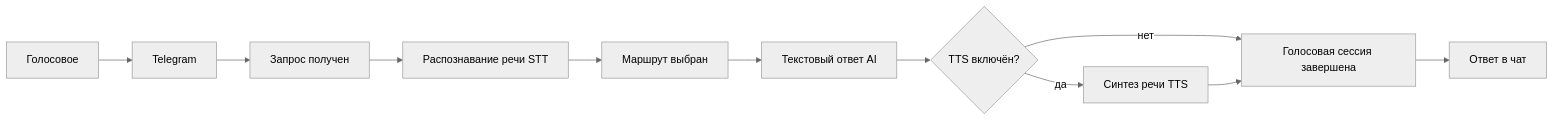
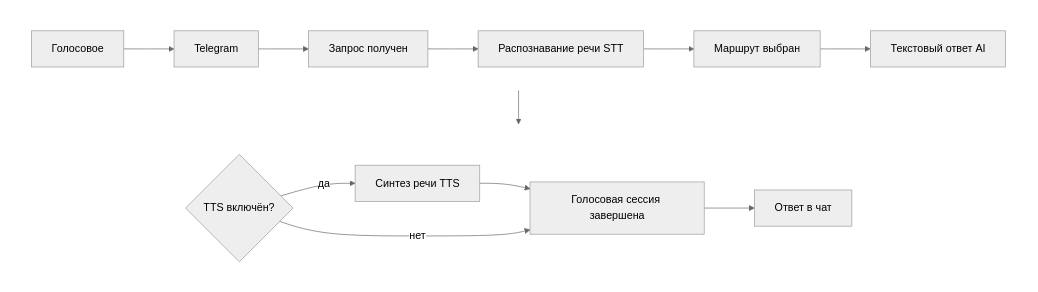
One commit to AlexLvGulyaev/Assistant-Flow changed the fourth of 4 diagrams in docs/USER_GUIDE.md. Above: the diagram before and after it, drawn with Mermaid (neutral theme). The commit also changed other lines of this file and 7 other files, not shown here.

First line of the commit message:
docs: снять тезис heavy-RAG (прогон 15.09 деградации не показал), hero без подписей, схемы USER_GUIDE в два ряда

````diff
--- a/docs/USER_GUIDE.md
+++ b/docs/USER_GUIDE.md
@@ -98,13 +101,15 @@
 ```mermaid
-flowchart LR
-    U[Голосовое] --> TG[Telegram]
-    TG --> S1[Запрос получен]
-    S1 --> S2[Распознавание речи STT]
-    S2 --> S3[Маршрут выбран]
-    S3 --> S4[Текстовый ответ AI]
-    S4 --> T{TTS включён?}
-    T -->|да| S5[Синтез речи TTS]
-    T -->|нет| S6[Голосовая сессия завершена]
-    S5 --> S6
-    S6 --> A[Ответ в чат]
+flowchart TB
+    subgraph r1 [" "]
+        direction LR
+        U[Голосовое] --> TG[Telegram] --> S1[Запрос получен] --> S2[Распознавание речи STT] --> S3[Маршрут выбран] --> S4[Текстовый ответ AI]
+    end
+    subgraph r2 [" "]
+        direction LR
+        T{TTS включён?} -->|да| S5[Синтез речи TTS] --> S6[Голосовая сессия завершена] --> A[Ответ в чат]
+        T -->|нет| S6
+    end
+    S4 --> T
+    style r1 fill:none,stroke:none
+    style r2 fill:none,stroke:none
 ```
````
